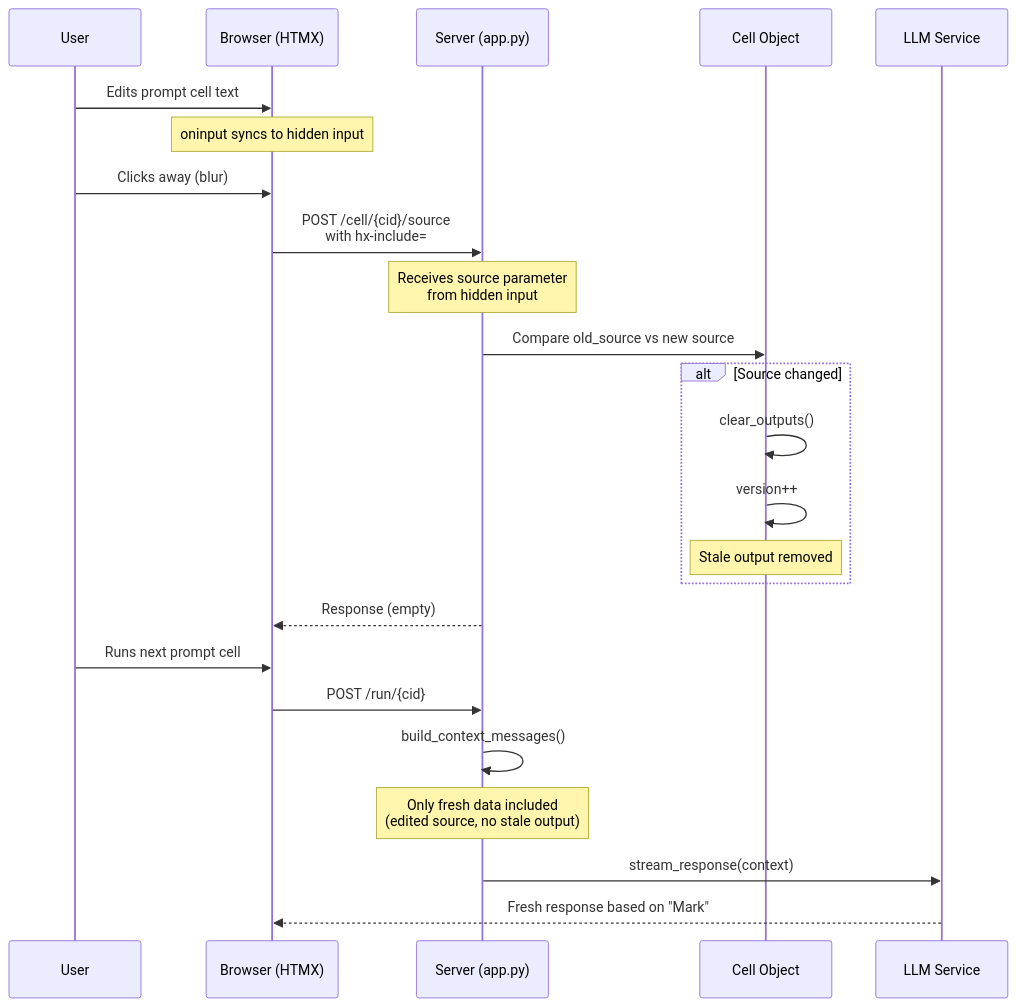
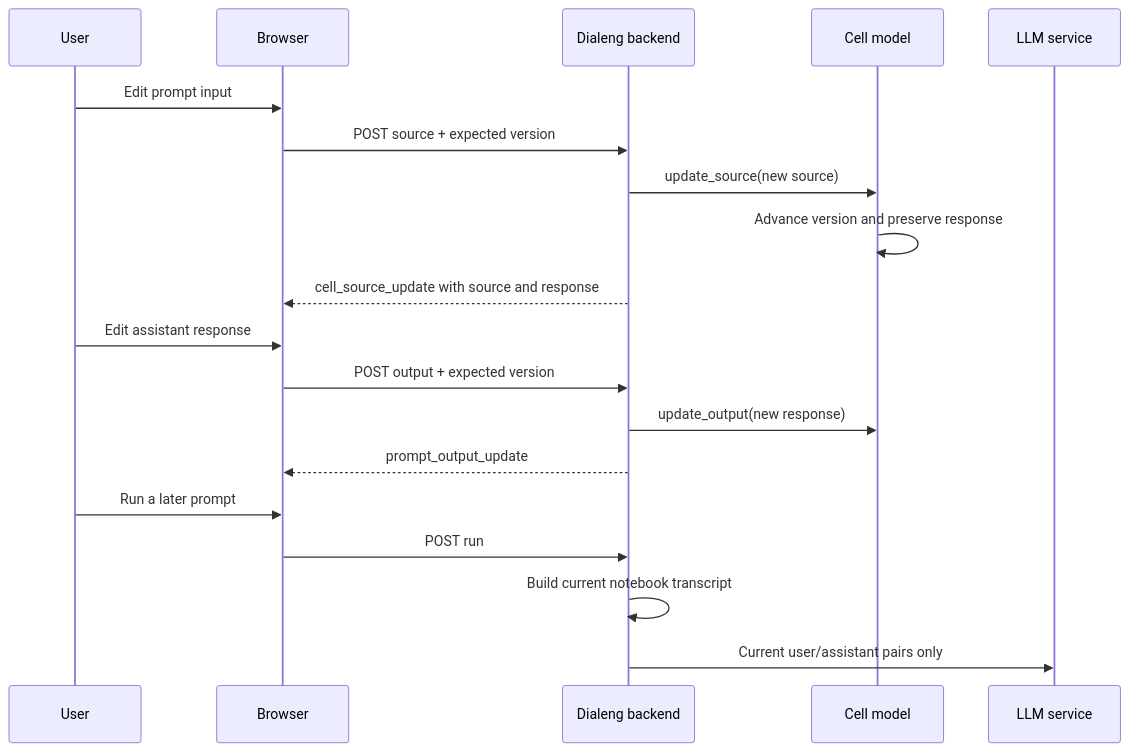
The fourth of 10 diagrams in docs/how_it_works/06_llm_integration.md (sgaseretto/solveish), drawn with Mermaid before and after one commit. The commit also changed other lines of this file and 109 other files, not shown here.

````diff
--- a/docs/how_it_works/06_llm_integration.md
+++ b/docs/how_it_works/06_llm_integration.md
@@ -248,28 +305,22 @@
 ```mermaid
 sequenceDiagram
     participant U as User
-    participant B as Browser (HTMX)
-    participant S as Server (app.py)
-    participant C as Cell Object
-    participant L as LLM Service
+    participant B as Browser
+    participant S as Dialeng backend
+    participant C as Cell model
+    participant L as LLM service
 
-    U->>B: Edits prompt cell text
-    Note over B: oninput syncs to hidden input
-    U->>B: Clicks away (blur)
-    B->>S: POST /cell/{cid}/source<br/>with hx-include=#source-{cid}
-    Note over S: Receives source parameter<br/>from hidden input
-    S->>C: Compare old_source vs new source
-    alt Source changed
-        C->>C: clear_outputs()
-        C->>C: version++
-        Note over C: Stale output removed
-    end
-    S-->>B: Response (empty)
-
-    U->>B: Runs next prompt cell
-    B->>S: POST /run/{cid}
-    S->>S: build_context_messages()
-    Note over S: Only fresh data included<br/>(edited source, no stale output)
-    S->>L: stream_response(context)
-    L-->>B: Fresh response based on "Mark"
+    U->>B: Edit prompt input
+    B->>S: POST source + expected version
+    S->>C: update_source(new source)
+    C->>C: Advance version and preserve response
+    S-->>B: cell_source_update with source and response
+    U->>B: Edit assistant response
+    B->>S: POST output + expected version
+    S->>C: update_output(new response)
+    S-->>B: prompt_output_update
+    U->>B: Run a later prompt
+    B->>S: POST run
+    S->>S: Build current notebook transcript
+    S->>L: Current user/assistant pairs only
 ```
````
